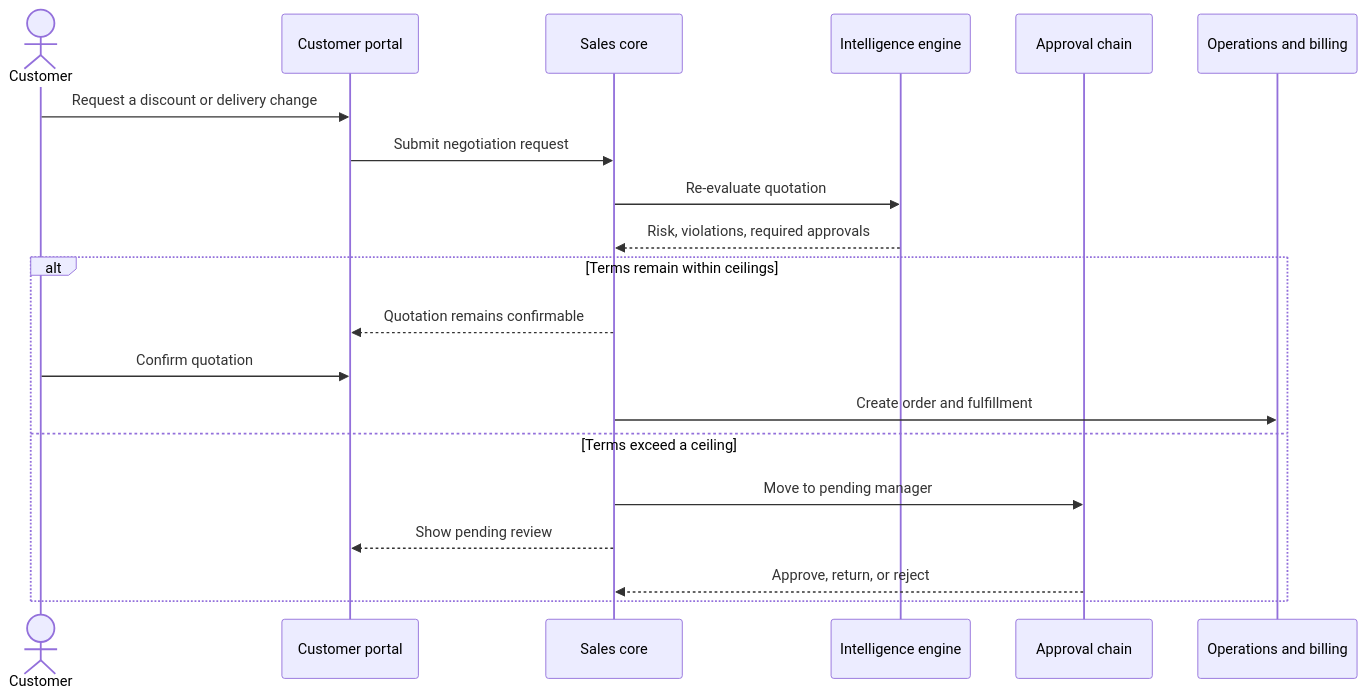
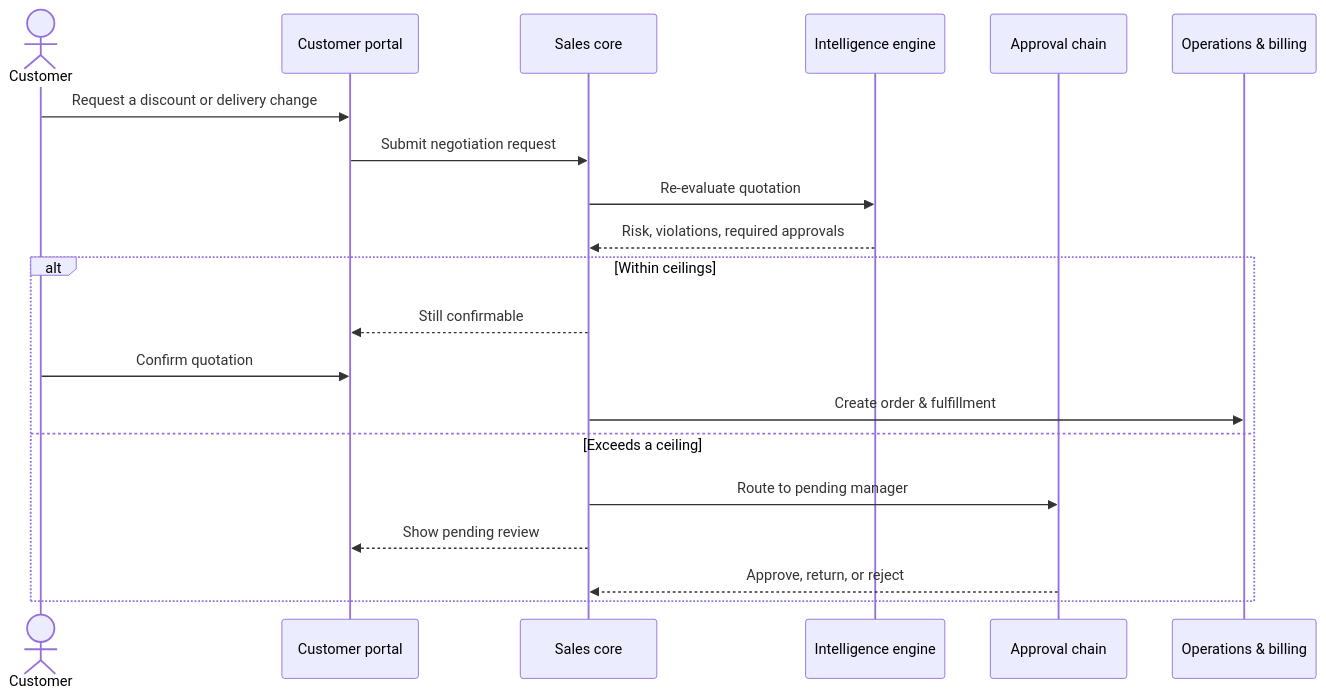
Before and after one commit to RushilParikh06/DealFlow360: the first of 3 diagrams in README.md, drawn with Mermaid. The commit also changed other lines of this file, not shown here.

````diff
--- a/README.md
+++ b/README.md
@@ -74,23 +58,23 @@
 ```mermaid
 sequenceDiagram
     actor Customer
     participant Portal as Customer portal
     participant Sales as Sales core
     participant Intel as Intelligence engine
     participant Approval as Approval chain
-    participant Ops as Operations and billing
+    participant Ops as Operations & billing
 
     Customer->>Portal: Request a discount or delivery change
     Portal->>Sales: Submit negotiation request
     Sales->>Intel: Re-evaluate quotation
     Intel-->>Sales: Risk, violations, required approvals
-    alt Terms remain within ceilings
-        Sales-->>Portal: Quotation remains confirmable
+    alt Within ceilings
+        Sales-->>Portal: Still confirmable
         Customer->>Portal: Confirm quotation
-        Sales->>Ops: Create order and fulfillment
-    else Terms exceed a ceiling
-        Sales->>Approval: Move to pending manager
+        Sales->>Ops: Create order & fulfillment
+    else Exceeds a ceiling
+        Sales->>Approval: Route to pending manager
         Sales-->>Portal: Show pending review
         Approval-->>Sales: Approve, return, or reject
     end
 ```
````
